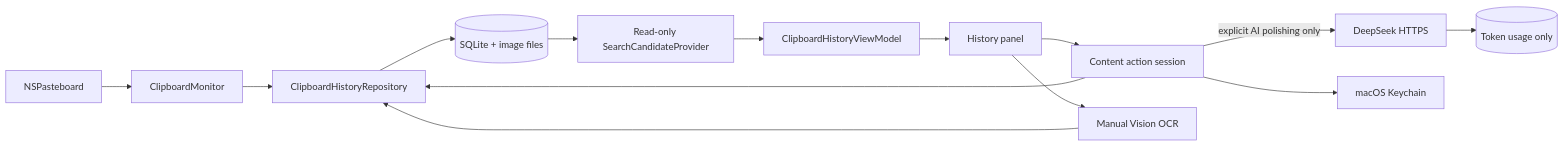
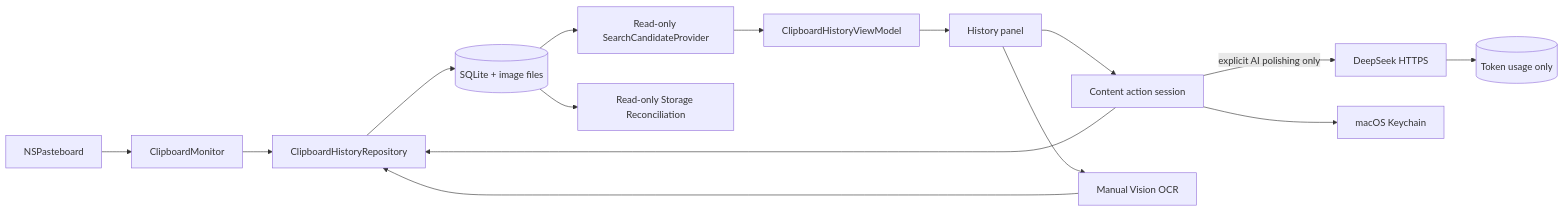
One commit to peibinliang/MacPasteHistory changed the first of 3 diagrams in docs/architecture/overall-architecture.md. Above: the diagram before and after it, drawn with Mermaid. The commit also changed other lines of this file and 7 other files, not shown here.

````diff
--- a/docs/architecture/overall-architecture.md
+++ b/docs/architecture/overall-architecture.md
@@ -5,16 +5,17 @@
 ```mermaid
 flowchart LR
     PB[NSPasteboard] --> MON[ClipboardMonitor]
     MON --> REP[ClipboardHistoryRepository]
     REP --> DB[(SQLite + image files)]
     DB --> SEARCH[Read-only SearchCandidateProvider]
+    DB --> RECON[Read-only Storage Reconciliation]
     SEARCH --> VM[ClipboardHistoryViewModel]
     VM --> PANEL[History panel]
     PANEL --> ACTION[Content action session]
     ACTION --> REP
     ACTION -->|explicit AI polishing only| AI[DeepSeek HTTPS]
     AI --> TOKEN[(Token usage only)]
     ACTION --> KEY[macOS Keychain]
     PANEL --> OCR[Manual Vision OCR]
     OCR --> REP
 ```
````
